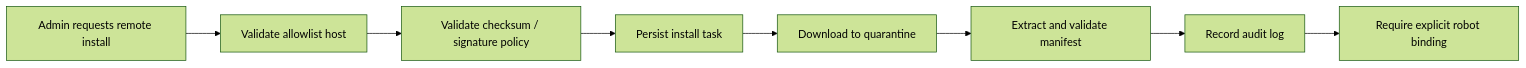
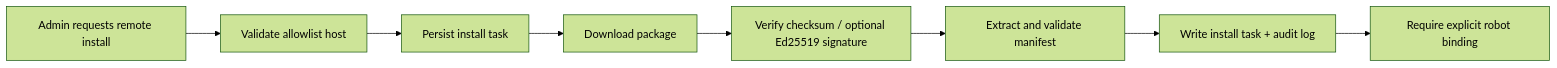
Before and after one commit to tiammomo/moyuan-rag: the diagram in docs/skills-remote-install-security.md, drawn with Mermaid (forest theme). The commit also changed other lines of this file and 14 other files, not shown here.

````diff
--- a/docs/skills-remote-install-security.md
+++ b/docs/skills-remote-install-security.md
@@ -43,10 +43,10 @@
 ```mermaid
 flowchart LR
     A["Admin requests remote install"] --> B["Validate allowlist host"]
-    B --> C["Validate checksum / signature policy"]
-    C --> D["Persist install task"]
-    D --> E["Download to quarantine"]
+    B --> C["Persist install task"]
+    C --> D["Download package"]
+    D --> E["Verify checksum / optional Ed25519 signature"]
     E --> F["Extract and validate manifest"]
-    F --> G["Record audit log"]
+    F --> G["Write install task + audit log"]
     G --> H["Require explicit robot binding"]
 ```
````
